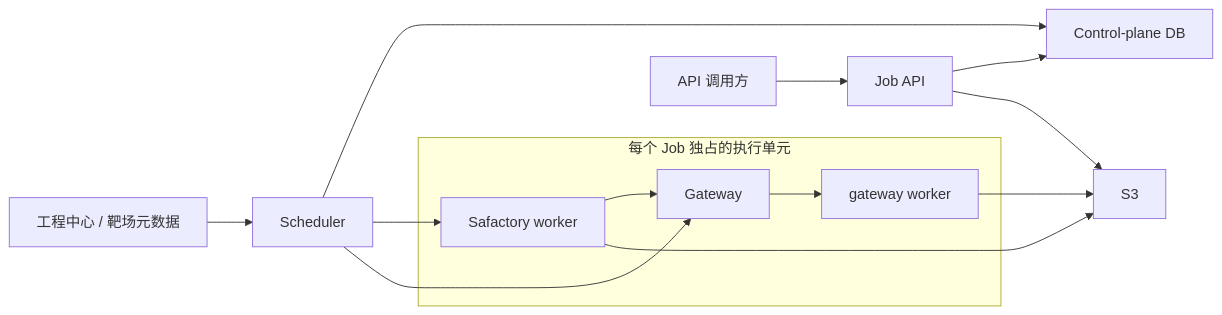
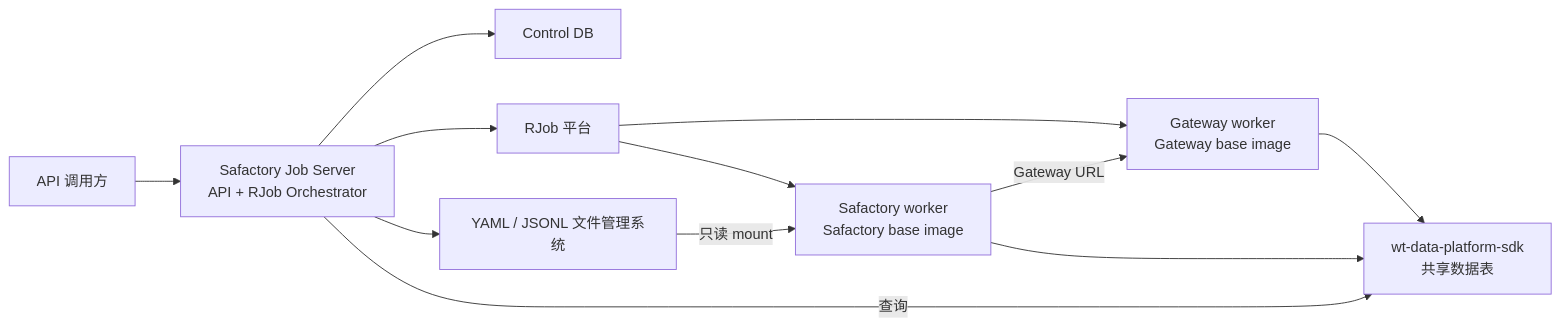
Before and after one commit to BinHuangPJLAB/SafactoryServer: the first of 2 diagrams in docs/PRD.md, drawn with Mermaid. The commit also changed other lines of this file, not shown here.

````diff
--- a/docs/PRD.md
+++ b/docs/PRD.md
@@ -169,18 +164,16 @@
 ```mermaid
 flowchart LR
-    Client["API 调用方"] --> API["Job API"]
-    API --> CDB["Control-plane DB"]
-    Scheduler["Scheduler"] --> CDB
-    Scheduler --> SW
-    Scheduler --> GW
+    Client["API 调用方"] --> Server["Safactory Job Server<br/>API + RJob Orchestrator"]
+    Server --> CDB["Control DB"]
+    Server --> FM["YAML / JSONL 文件管理系统"]
+    Server --> RJob["RJob 平台"]
 
-    subgraph JobUnit["每个 Job 独占的执行单元"]
-        SW["Safactory worker"] --> GW["Gateway"]
-        GW --> GWW["gateway worker"]
-    end
+    RJob --> GW["Gateway worker<br/>Gateway base image"]
+    RJob --> SW["Safactory worker<br/>Safactory base image"]
+    FM -->|"只读 mount"| SW
+    SW -->|"Gateway URL"| GW
 
-    SW --> S3["S3"]
-    GWW --> S3
-    API --> S3
-    Range["工程中心 / 靶场元数据"] --> Scheduler
+    GW --> DP["wt-data-platform-sdk<br/>共享数据表"]
+    SW --> DP
+    Server -->|"查询"| DP
 ```
````
